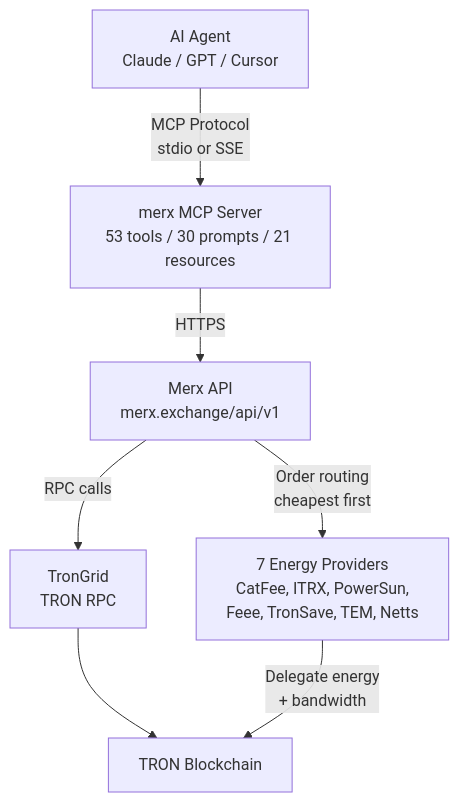
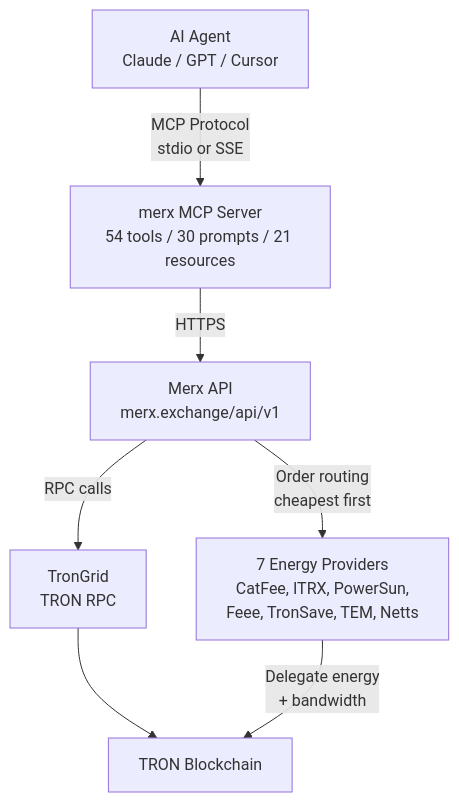
The first of 3 diagrams in docs/ARCHITECTURE.md (nicosmall503/merx-mcp), drawn with Mermaid before and after one commit. The commit also changed other lines of this file and 9 other files, not shown here.

````diff
--- a/docs/ARCHITECTURE.md
+++ b/docs/ARCHITECTURE.md
@@ -10,16 +10,16 @@
 ```mermaid
 graph TB
     Agent[AI Agent<br>Claude / GPT / Cursor]
-    MCP[merx MCP Server<br>53 tools / 30 prompts / 21 resources]
+    MCP[merx MCP Server<br>54 tools / 30 prompts / 21 resources]
     API[Merx API<br>merx.exchange/api/v1]
     TG[TronGrid<br>TRON RPC]
     Providers[7 Energy Providers<br>CatFee, ITRX, PowerSun,<br>Feee, TronSave, TEM, Netts]
     TRON[TRON Blockchain]
 
     Agent -->|MCP Protocol<br>stdio or SSE| MCP
     MCP -->|HTTPS| API
     API -->|RPC calls| TG
     API -->|Order routing<br>cheapest first| Providers
     TG --> TRON
     Providers -->|Delegate energy<br>+ bandwidth| TRON
 ```
````
